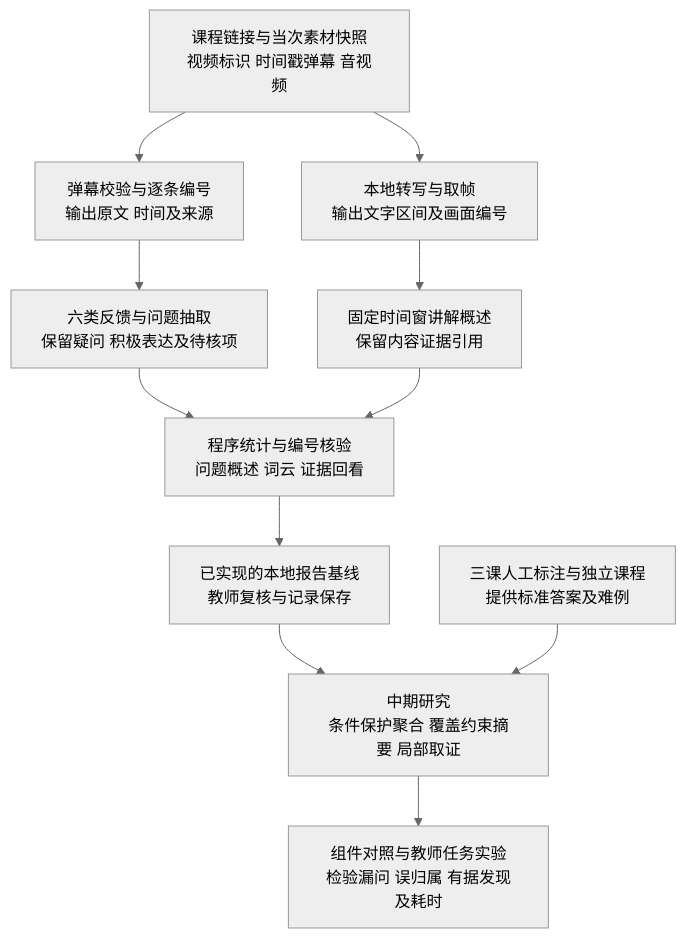
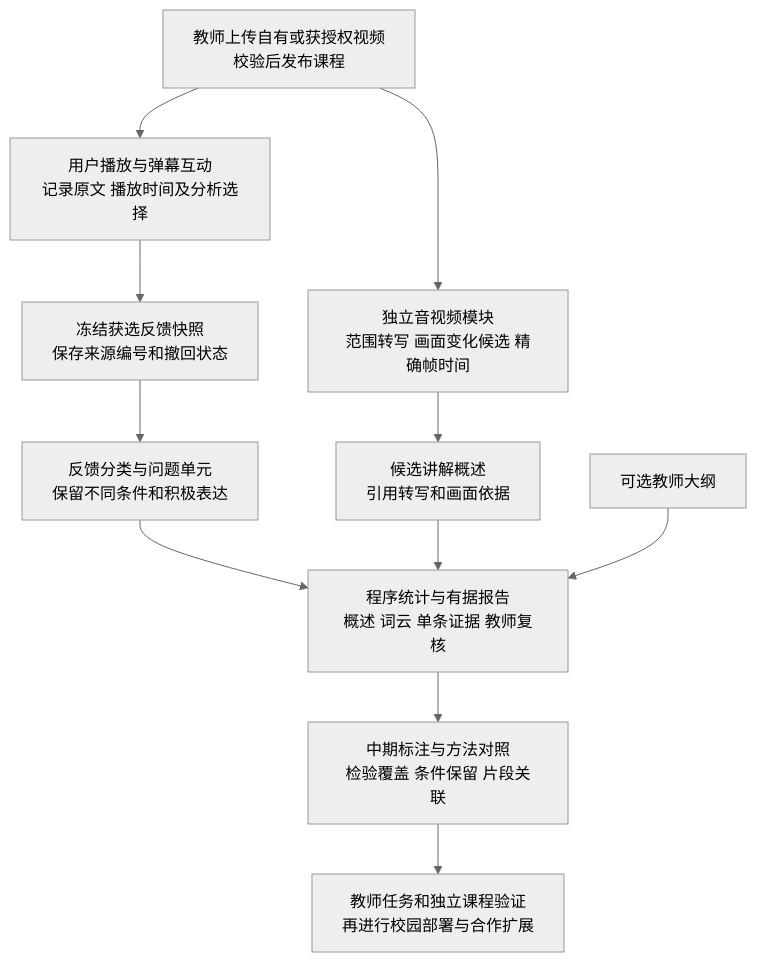
The diagram in project-materials/04_申报与答辩/申报支撑/研究技术路线.mmd (Hyhyhyyy/course-feedback), drawn with Mermaid (neutral theme) before and after one commit. The commit also changed 66 other files, not shown here.

```diff
--- a/project-materials/04_申报与答辩/申报支撑/研究技术路线.mmd
+++ b/project-materials/04_申报与答辩/申报支撑/研究技术路线.mmd
@@ -1,11 +1,11 @@
 flowchart TB
- A["课程链接与当次素材快照<br/>视频标识 时间戳弹幕 音视频"] --> B["弹幕校验与逐条编号<br/>输出原文 时间及来源"]
- A --> C["本地转写与取帧<br/>输出文字区间及画面编号"]
- B --> D["六类反馈与问题抽取<br/>保留疑问 积极表达及待核项"]
- C --> E["固定时间窗讲解概述<br/>保留内容证据引用"]
- D --> F["程序统计与编号核验<br/>问题概述 词云 证据回看"]
- E --> F
- F --> G["已实现的本地报告基线<br/>教师复核与记录保存"]
- G --> H["中期研究<br/>条件保护聚合 覆盖约束摘要 局部取证"]
- I["三课人工标注与独立课程<br/>提供标准答案及难例"] --> H
- H --> J["组件对照与教师任务实验<br/>检验漏问 误归属 有据发现及耗时"]
+ A["教师上传自有或获授权视频<br/>校验后发布课程"] --> B["用户播放与弹幕互动<br/>记录原文 播放时间及分析选择"]
+ B --> C["冻结获选反馈快照<br/>保存来源编号和撤回状态"]
+ A --> D["独立音视频模块<br/>范围转写 画面变化候选 精确帧时间"]
+ C --> E["反馈分类与问题单元<br/>保留不同条件和积极表达"]
+ D --> F["候选讲解概述<br/>引用转写和画面依据"]
+ E --> G["程序统计与有据报告<br/>概述 词云 单条证据 教师复核"]
+ F --> G
+ H["可选教师大纲"] --> G
+ G --> I["中期标注与方法对照<br/>检验覆盖 条件保留 片段关联"]
+ I --> J["教师任务和独立课程验证<br/>再进行校园部署与合作扩展"]
```
